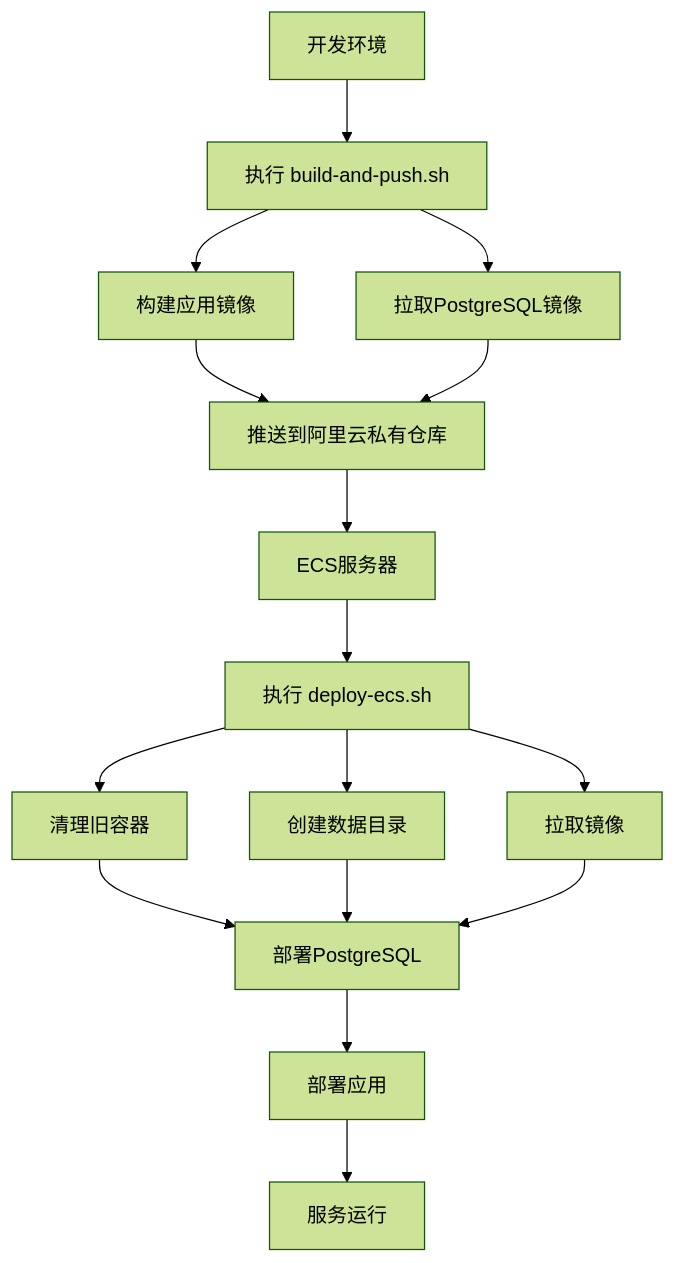
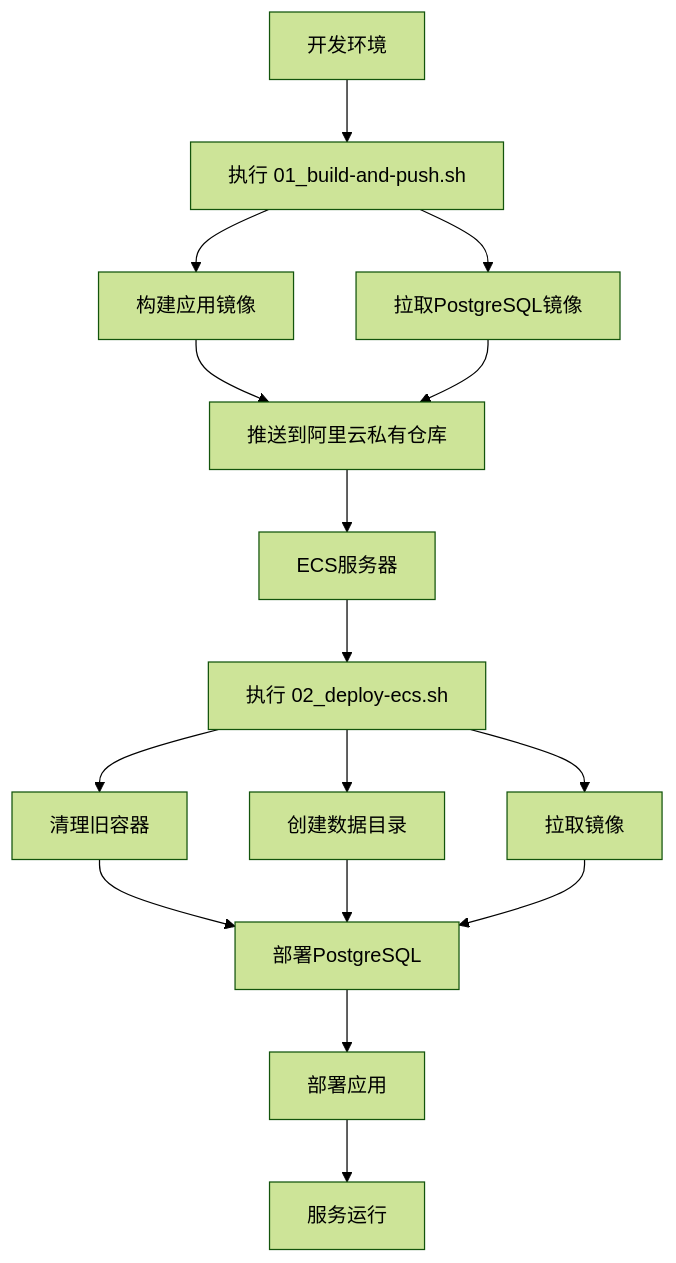
The diagram in deploy2aliyun/README.md (yideng-xl/yuyingbao), drawn with Mermaid (forest theme) before and after one commit. The commit also changed other lines of this file and 6 other files, not shown here.

````diff
--- a/deploy2aliyun/README.md
+++ b/deploy2aliyun/README.md
@@ -52,18 +52,18 @@
 ```mermaid
 graph TB
-    A[开发环境] --> B[执行 build-and-push.sh]
+    A[开发环境] --> B[执行 01_build-and-push.sh]
     B --> C[构建应用镜像]
     B --> D[拉取PostgreSQL镜像]
     C --> E[推送到阿里云私有仓库]
     D --> E
     E --> F[ECS服务器]
-    F --> G[执行 deploy-ecs.sh]
+    F --> G[执行 02_deploy-ecs.sh]
     G --> H[清理旧容器]
     G --> I[创建数据目录]
     G --> J[拉取镜像]
     H --> K[部署PostgreSQL]
     I --> K
     J --> K
     K --> L[部署应用]
     L --> M[服务运行]
 ```
````
